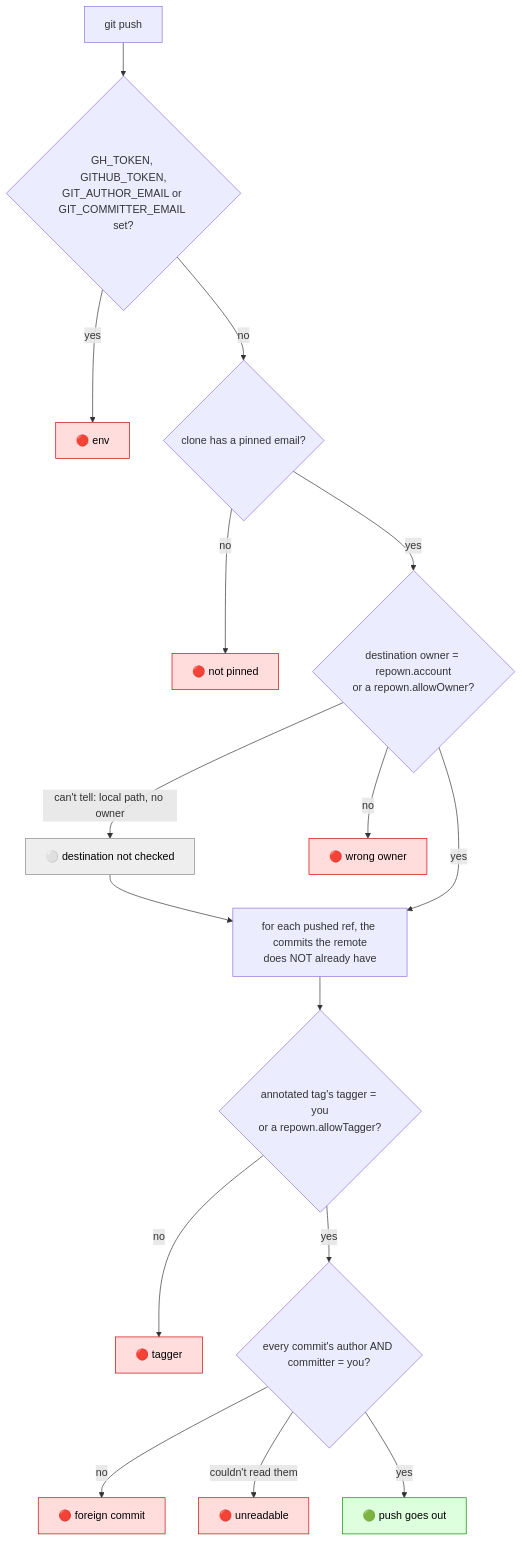
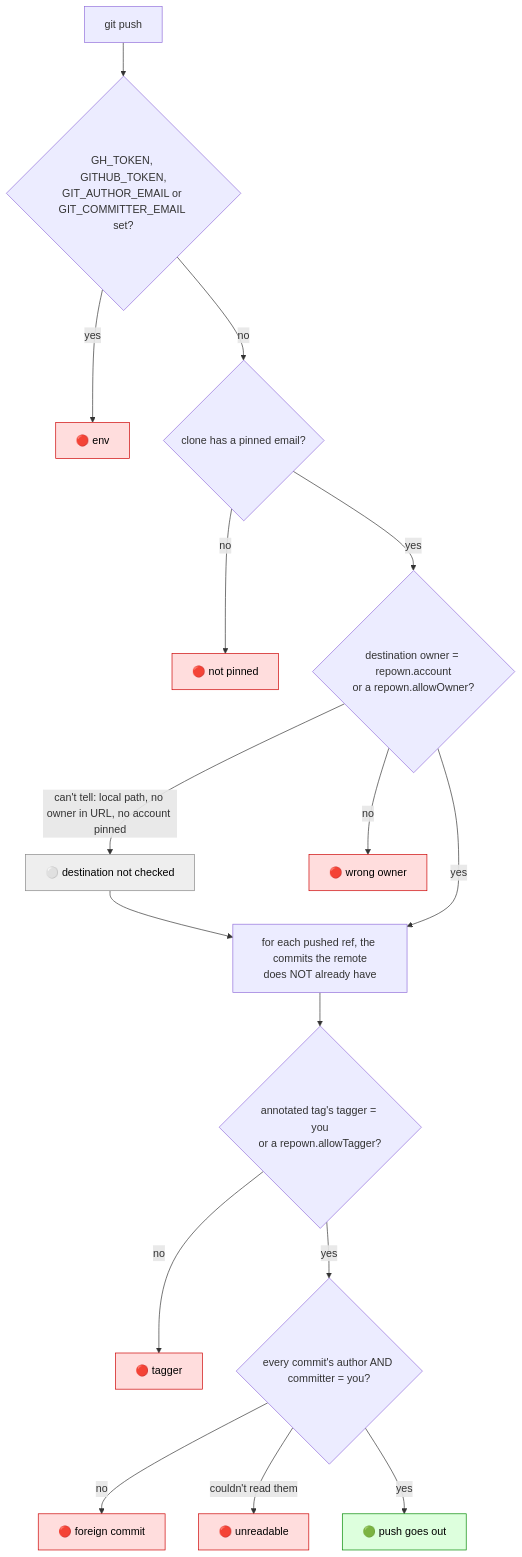
Before and after one commit to makubexD/repown: the sixth of 8 diagrams in docs/HOW-IT-WORKS.md, drawn with Mermaid. The commit also changed other lines of this file, not shown here.

````diff
--- a/docs/HOW-IT-WORKS.md
+++ b/docs/HOW-IT-WORKS.md
@@ -228,23 +228,23 @@
 ```mermaid
 flowchart TD
   P[git push] --> E{GH_TOKEN, GITHUB_TOKEN,<br/>GIT_AUTHOR_EMAIL or GIT_COMMITTER_EMAIL set?}
   E -->|yes| X1[🔴 env]
   E -->|no| I{clone has a pinned email?}
   I -->|no| X2[🔴 not pinned]
   I -->|yes| O{"destination owner = repown.account<br/>or a repown.allowOwner?"}
-  O -->|"can't tell: local path, no owner"| N[⚪ destination not checked] --> C
+  O -->|"can't tell: local path, no owner in URL, no account pinned"| N[⚪ destination not checked] --> C
   O -->|no| X3[🔴 wrong owner]
   O -->|yes| C["for each pushed ref, the commits the remote<br/>does NOT already have"]
   C --> T{"annotated tag's tagger = you<br/>or a repown.allowTagger?"}
   T -->|no| X4[🔴 tagger]
   T -->|yes| A{"every commit's author AND committer = you?"}
   A -->|no| X5[🔴 foreign commit]
   A -->|"couldn't read them"| X6[🔴 unreadable]
   A -->|yes| OK[🟢 push goes out]
   classDef bad fill:#fdd,stroke:#c00,color:#000
   classDef good fill:#dfd,stroke:#080,color:#000
   classDef na fill:#eee,stroke:#888,color:#000
   class X1,X2,X3,X4,X5,X6 bad
   class OK good
   class N na
 ```
````
